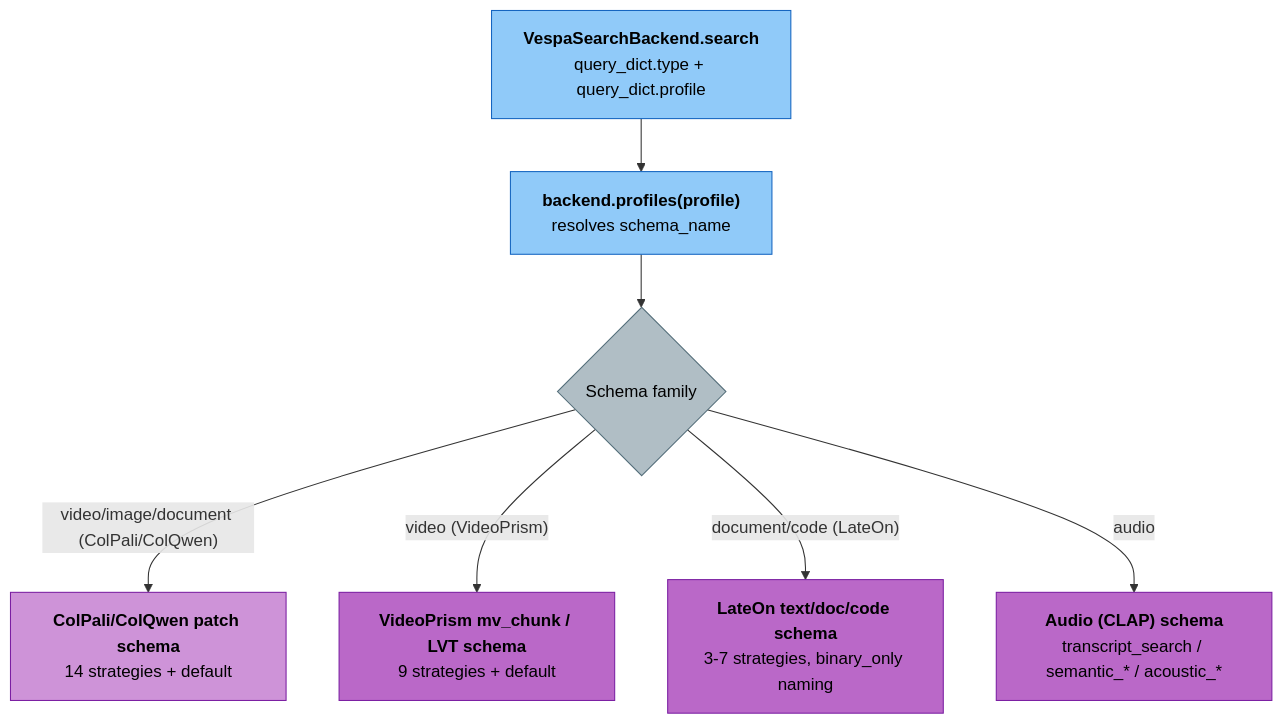
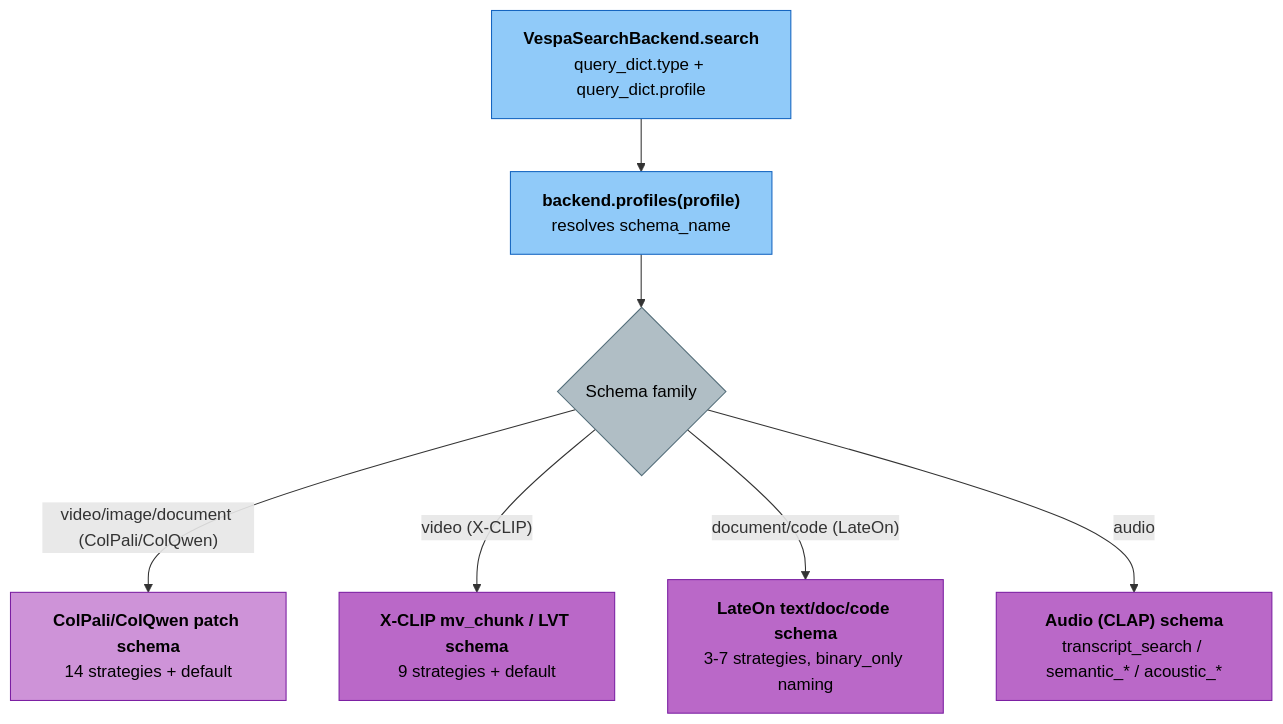
Before and after one commit to amit-jain/cogniverse: the diagram in docs/testing/vespa_search_strategies.md, drawn with Mermaid. The commit also changed other lines of this file and 168 other files, not shown here.

First line of the commit message:
Remove VideoPrism; X-CLIP is the video embedder

````diff
--- a/docs/testing/vespa_search_strategies.md
+++ b/docs/testing/vespa_search_strategies.md
@@ -126,17 +126,17 @@
 ```mermaid
 flowchart TD
     A["<span style='color:#000'><b>VespaSearchBackend.search</b><br/>query_dict.type + query_dict.profile</span>"] --> B["<span style='color:#000'><b>backend.profiles(profile)</b><br/>resolves schema_name</span>"]
     B --> C{"<span style='color:#000'>Schema family</span>"}
     C -->|"video/image/document (ColPali/ColQwen)"| D["<span style='color:#000'><b>ColPali/ColQwen patch schema</b><br/>14 strategies + default</span>"]
-    C -->|"video (VideoPrism)"| E["<span style='color:#000'><b>VideoPrism mv_chunk / LVT schema</b><br/>9 strategies + default</span>"]
+    C -->|"video (X-CLIP)"| E["<span style='color:#000'><b>X-CLIP mv_chunk / LVT schema</b><br/>9 strategies + default</span>"]
     C -->|"document/code (LateOn)"| F["<span style='color:#000'><b>LateOn text/doc/code schema</b><br/>3-7 strategies, binary_only naming</span>"]
     C -->|"audio"| G["<span style='color:#000'><b>Audio (CLAP) schema</b><br/>transcript_search / semantic_* / acoustic_*</span>"]
 
     style A fill:#90caf9,stroke:#1565c0,color:#000
     style B fill:#90caf9,stroke:#1565c0,color:#000
     style C fill:#b0bec5,stroke:#546e7a,color:#000
     style D fill:#ce93d8,stroke:#7b1fa2,color:#000
     style E fill:#ba68c8,stroke:#7b1fa2,color:#000
     style F fill:#ba68c8,stroke:#7b1fa2,color:#000
     style G fill:#ba68c8,stroke:#7b1fa2,color:#000
 ```
````
